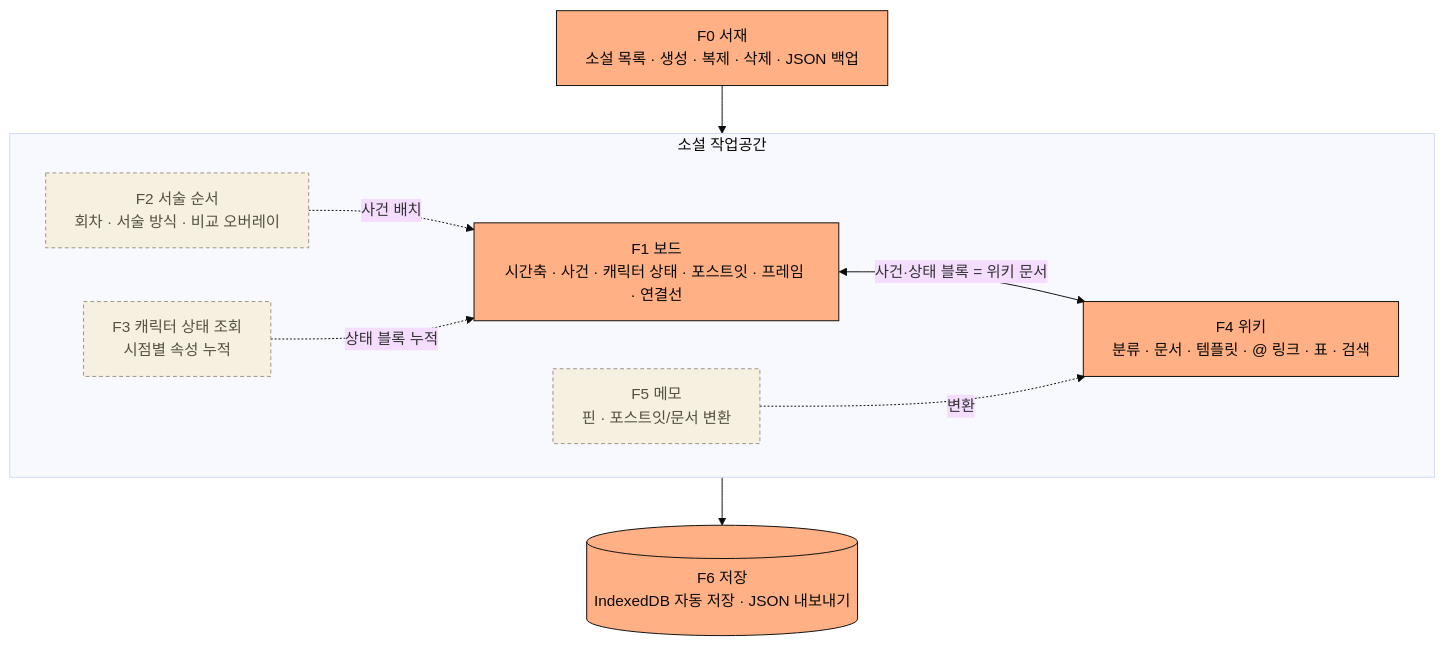
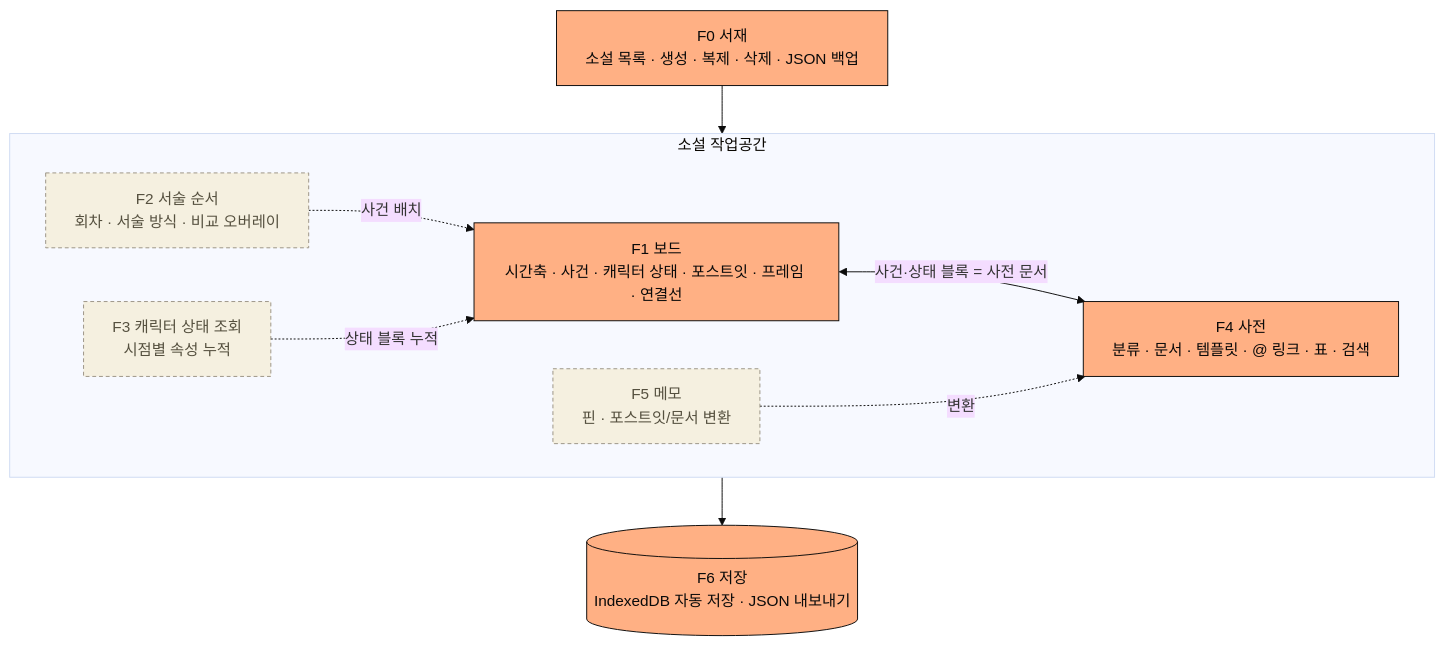
One commit to kty2001/NovelStory changed the diagram in docs/design/features_spec.md. Above: the diagram before and after it, drawn with Mermaid (base theme). The commit also changed other lines of this file and 17 other files, not shown here.

````diff
--- a/docs/design/features_spec.md
+++ b/docs/design/features_spec.md
@@ -3,21 +3,21 @@
 ```mermaid
 %%{init: {"flowchart": {"wrappingWidth": 320}}}%%
 flowchart TB
     F0["F0 서재<br/>소설 목록 · 생성 · 복제 · 삭제 · JSON 백업"]:::mvp --> WS
     subgraph WS["소설 작업공간"]
         direction LR
         F1["F1 보드<br/>시간축 · 사건 · 캐릭터 상태 · 포스트잇 · 프레임 · 연결선"]:::mvp
-        F4["F4 위키<br/>분류 · 문서 · 템플릿 · @ 링크 · 표 · 검색"]:::mvp
+        F4["F4 사전<br/>분류 · 문서 · 템플릿 · @ 링크 · 표 · 검색"]:::mvp
         F2["F2 서술 순서<br/>회차 · 서술 방식 · 비교 오버레이"]:::later
         F3["F3 캐릭터 상태 조회<br/>시점별 속성 누적"]:::later
         F5["F5 메모<br/>핀 · 포스트잇/문서 변환"]:::later
     end
-    F1 <-->|"사건·상태 블록 = 위키 문서"| F4
+    F1 <-->|"사건·상태 블록 = 사전 문서"| F4
     F2 -.->|"사건 배치"| F1
     F3 -.->|"상태 블록 누적"| F1
     F5 -.->|"변환"| F4
     WS --> F6[("F6 저장<br/>IndexedDB 자동 저장 · JSON 내보내기")]:::mvp
 
     classDef mvp fill:#ffb084,stroke:#0a0a0a,color:#0a0a0a
     classDef later fill:#f5f0e0,stroke:#9a9384,color:#55503f,stroke-dasharray:4 3
 ```
````
